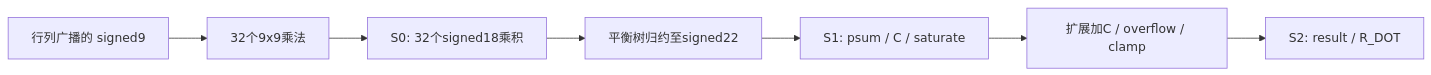
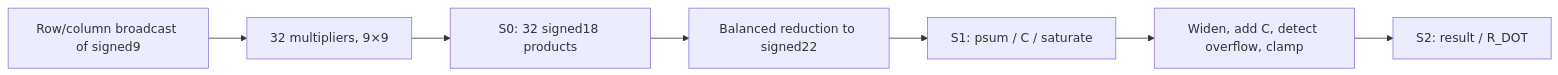
Before and after one commit to yuhin777/Allegro: the diagram in doc/rtl_specs/dot/blackwell_int8_dot.md, drawn with Mermaid. The commit also changed other lines of this file and 45 other files, not shown here.

````diff
--- a/doc/rtl_specs/dot/blackwell_int8_dot.md
+++ b/doc/rtl_specs/dot/blackwell_int8_dot.md
@@ -12,9 +12,9 @@
 ```mermaid
 flowchart LR
-  I[行列广播的 signed9] --> M[32个9x9乘法]
-  M --> S0[S0: 32个signed18乘积]
-  S0 --> T[平衡树归约至signed22]
+  I["Row/column broadcast of signed9"] --> M["32 multipliers, 9×9"]
+  M --> S0["S0: 32 signed18 products"]
+  S0 --> T["Balanced reduction to signed22"]
   T --> S1[S1: psum / C / saturate]
-  S1 --> A[扩展加C / overflow / clamp]
+  S1 --> A["Widen, add C, detect overflow, clamp"]
   A --> S2[S2: result / R_DOT]
 ```
````
